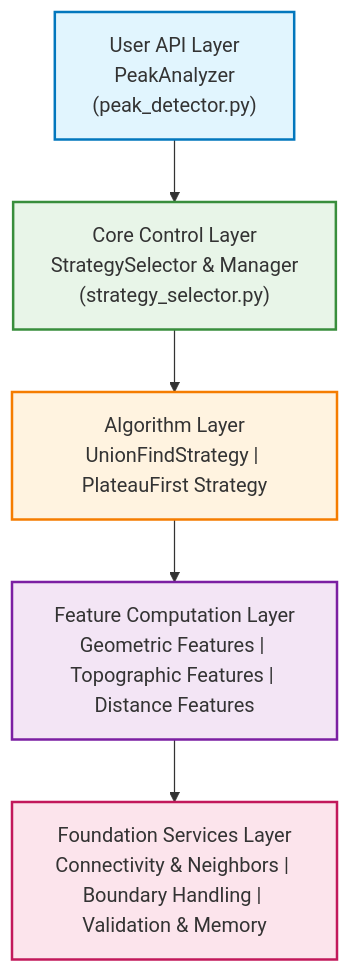
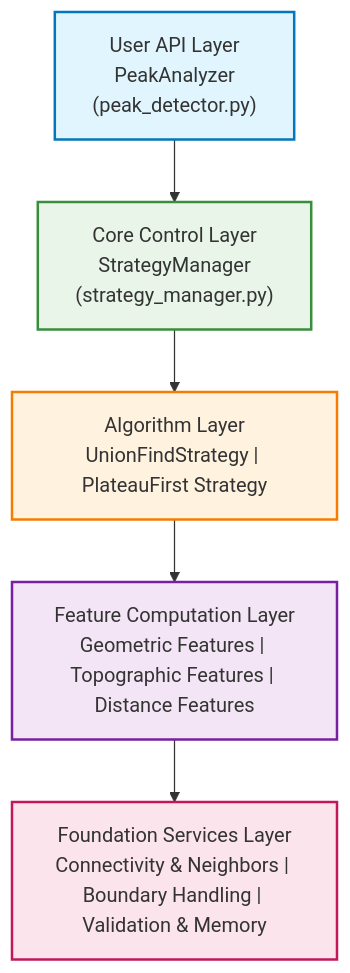
One commit to kshingent/peak-analyzer changed the first of 2 diagrams in docs/architecture/architecture.md. Above: the diagram before and after it, drawn with Mermaid. The commit also changed other lines of this file and 4 other files, not shown here.

First line of the commit message:
refactor: unify StrategyManager selection logic and update docs

````diff
--- a/docs/architecture/architecture.md
+++ b/docs/architecture/architecture.md
@@ -9,19 +9,19 @@
 ```mermaid
 flowchart TD
-    A["User API Layer<br/>PeakAnalyzer<br/>(peak_detector.py)"] --> B["Core Control Layer<br/>StrategySelector & Manager<br/>(strategy_selector.py)"]
+    A["User API Layer<br/>PeakAnalyzer<br/>(peak_detector.py)"] --> B["Core Control Layer<br/>StrategyManager<br/>(strategy_manager.py)"]
     B --> C["Algorithm Layer<br/>UnionFindStrategy | PlateauFirst Strategy"]
     C --> D["Feature Computation Layer<br/>Geometric Features | Topographic Features | Distance Features"]
     D --> E["Foundation Services Layer<br/>Connectivity & Neighbors | Boundary Handling | Validation & Memory"]
     
     classDef apiLayer fill:#e1f5fe,stroke:#0277bd,stroke-width:2px
     classDef coreLayer fill:#e8f5e8,stroke:#388e3c,stroke-width:2px
     classDef algorithmLayer fill:#fff3e0,stroke:#f57c00,stroke-width:2px
     classDef featureLayer fill:#f3e5f5,stroke:#7b1fa2,stroke-width:2px
     classDef foundationLayer fill:#fce4ec,stroke:#c2185b,stroke-width:2px
     
     class A apiLayer
     class B coreLayer
     class C algorithmLayer
     class D featureLayer
     class E foundationLayer
 ```
````
